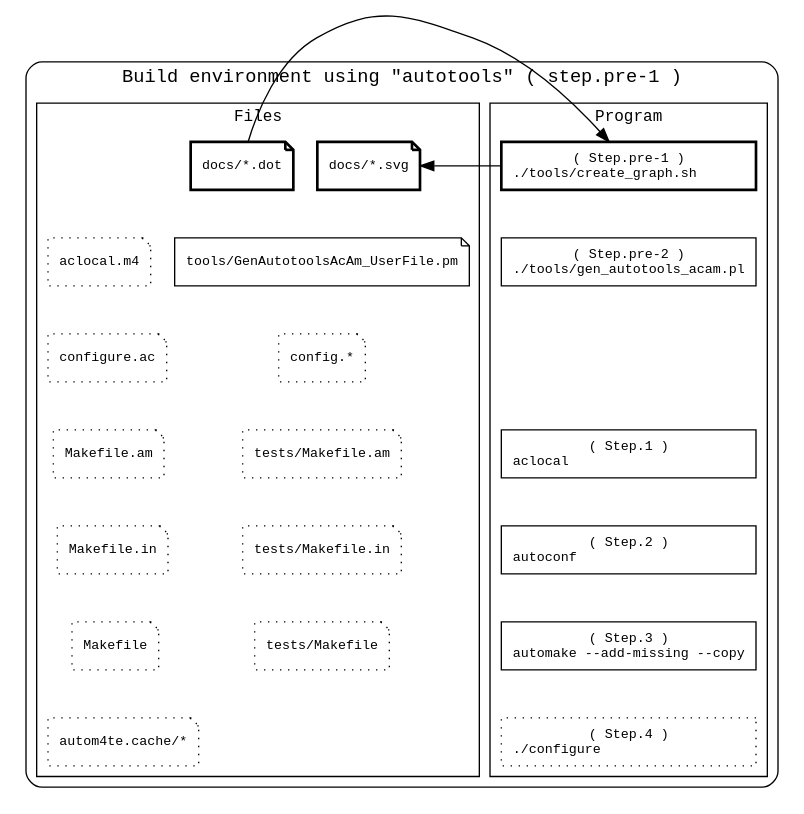
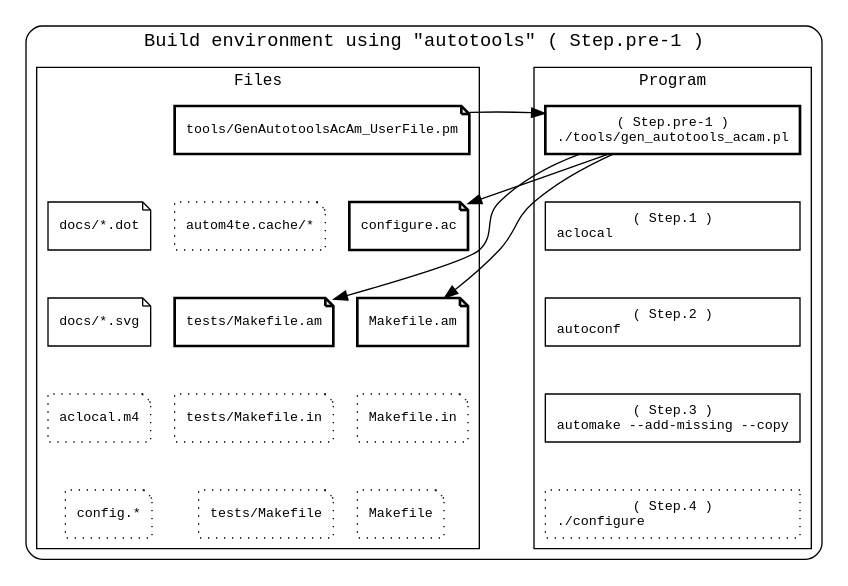
Before and after one commit to tomyama-code/tomyama_script_collection: the diagram in docs/devel_step_0_1.dot, drawn with Graphviz. The commit also changed 26 other files, not shown here.

```diff
--- a/docs/devel_step_0_1.dot
+++ b/docs/devel_step_0_1.dot
@@ -1,79 +1,87 @@
-// File: docs/devel_step_0_1.dot
+// File: docs/devel_step_0.dot
 // Author: tomyama
 // Purpose: Development workflow diagram
 
 digraph physical_directory_structure {
     newrank=true
     constraint=false
 
     // 全体に等幅フォントを適用
     //   ex) "monospace", "Courier", "Courier New", "Consolas", "Monaco"
     graph [fontname="monospace"]
     node  [fontname="monospace", fontsize=10, penwidth=1]
     edge  [fontname="monospace"]
 
     // 図全体を囲うクラスタ
     subgraph cluster_all {
 
-        label = "Build environment using \"autotools\" ( step.pre-1 )"
+        label = "Build environment using \"autotools\" ( Step.pre-1 )"
         style = "rounded"   // 角を丸くする
         color = "black"     // 枠線の色
         penwidth = 1        // 枠線の太さ
 
         // プログラム
         subgraph cluster_program {
             label = "Program"
             style = "solid"
             penwidth = 1        // 枠線の太さ
             fontsize=12
             {
                 edge [style=invis];
-                program01 -> program02 -> program99 -> program03 -> program04 -> program05 -> program06
+                program01 -> program02 -> program03 -> program04 -> program05
             }
-            program01 [shape=box, style=solid , label="( Step.pre-1 )\n./tools/create_graph.sh      ", penwidth=2]
-            program02 [shape=box, style=solid , label="( Step.pre-2 )\n./tools/gen_autotools_acam.pl"]
-            program99 [shape=box, style=invis]
-            program03 [shape=box, style=solid , label="( Step.1 )\naclocal                      "]
-            program04 [shape=box, style=solid , label="( Step.2 )\nautoconf                     "]
-            program05 [shape=box, style=solid , label="( Step.3 )\nautomake --add-missing --copy"]
-            program06 [shape=box, style=dotted, label="( Step.4 )\n./configure                  "]
+            program01 [shape=box, style=solid , label="( Step.pre-1 )\n./tools/gen_autotools_acam.pl", penwidth=2]
+            program02 [shape=box, style=solid , label="( Step.1 )\naclocal                      "]
+            program03 [shape=box, style=solid , label="( Step.2 )\nautoconf                     "]
+            program04 [shape=box, style=solid , label="( Step.3 )\nautomake --add-missing --copy"]
+            program05 [shape=box, style=dotted, label="( Step.4 )\n./configure                  "]
         }
 
         // ファイル
         subgraph cluster_file {
             label = "Files"
             style = "solid"
             penwidth = 1        // 枠線の太さ
             fontsize=12
             {
                 edge [style=invis];
-                file01 -> file02 -> file03 -> file04 -> file05 -> file06 -> file07
-                file08 -> file09 -> file10 -> file11 -> file12 -> file13
-                file01 -> file08
+                file13 -> file01 -> file02 -> file03 -> file04
+                file13 -> file05 -> file06 -> file07 -> file08
+                file13 -> file09 -> file10 -> file11 -> file12
             }
-            file01 [shape=note, style=solid , label="docs/*.dot", penwidth=2]
-            file02 [shape=note, style=dotted, label="aclocal.m4"]
-            file03 [shape=note, style=dotted, label="configure.ac"]
-            file04 [shape=note, style=dotted, label="Makefile.am"]
-            file05 [shape=note, style=dotted, label="Makefile.in"]
-            file06 [shape=note, style=dotted, label="Makefile"]
-            file07 [shape=note, style=dotted, label="autom4te.cache/*"]
-            file08 [shape=note, style=solid , label="docs/*.svg", penwidth=2]
-            file09 [shape=note, style=solid , label="tools/GenAutotoolsAcAm_UserFile.pm"]
-            file10 [shape=note, style=dotted, label="config.*"]
-            file11 [shape=note, style=dotted, label="tests/Makefile.am"]
-            file12 [shape=note, style=dotted, label="tests/Makefile.in"]
-            file13 [shape=note, style=dotted, label="tests/Makefile"]
+
+            file13 [shape=note, style=solid , label="tools/GenAutotoolsAcAm_UserFile.pm", penwidth=2]
+            file01 [shape=note, style=solid , label="docs/*.dot"]
+            file02 [shape=note, style=solid , label="docs/*.svg"]
+            file03 [shape=note, style=dotted, label="aclocal.m4"]
+            file04 [shape=note, style=dotted, label="config.*"]
+            file05 [shape=note, style=solid , label="configure.ac", penwidth=2]
+            file06 [shape=note, style=solid , label="Makefile.am", penwidth=2]
+            file07 [shape=note, style=dotted, label="Makefile.in"]
+            file08 [shape=note, style=dotted, label="Makefile"]
+            file09 [shape=note, style=dotted, label="autom4te.cache/*"]
+            file10 [shape=note, style=solid , label="tests/Makefile.am", penwidth=2]
+            file11 [shape=note, style=dotted, label="tests/Makefile.in"]
+            file12 [shape=note, style=dotted, label="tests/Makefile"]
         }
 
-        {rank=same; program01; file01; file08}
-        {rank=same; program02; file02; file09}
-        {rank=same; program99; file03; file10}
-        {rank=same; program03; file04; file11}
-        {rank=same; program04; file05; file12}
-        {rank=same; program05; file06; file13}
+        {
+            edge [style=invis];
+            file13 -> program01
+            file01 -> file05 -> file09 -> program02
+            file02 -> file06 -> file10 -> program03
+            file03 -> file07 -> file11 -> program04
+            file04 -> file08 -> file12 -> program05
+        }
+        {rank=same; program01; file13}
+        {rank=same; program02; file01; file05; file09}
+        {rank=same; program03; file02; file06; file10}
+        {rank=same; program04; file03; file07; file11}
+        {rank=same; program05; file04; file08; file12}
 
         // スクリプトとドキュメントの関係
-        file01 -> program01 -> file08
+        file13 -> program01 -> file05
+        program01 -> file06
+        program01 -> file10
     }
 }
```
